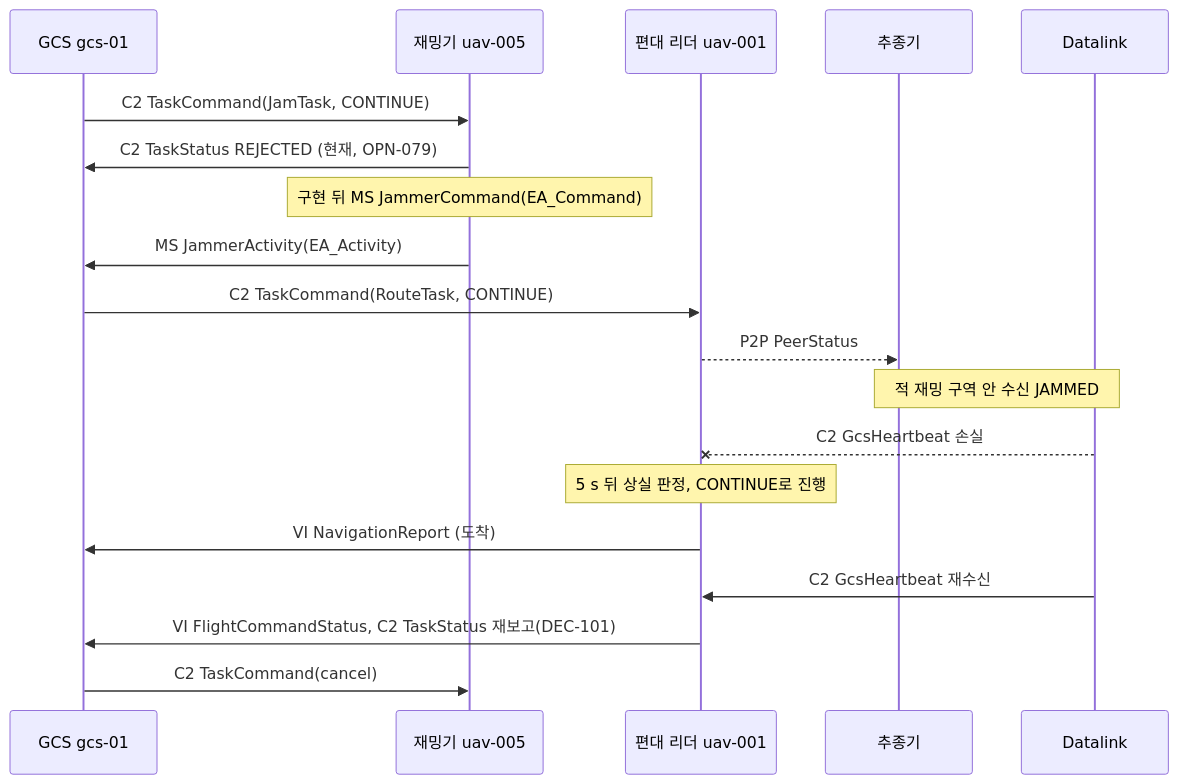
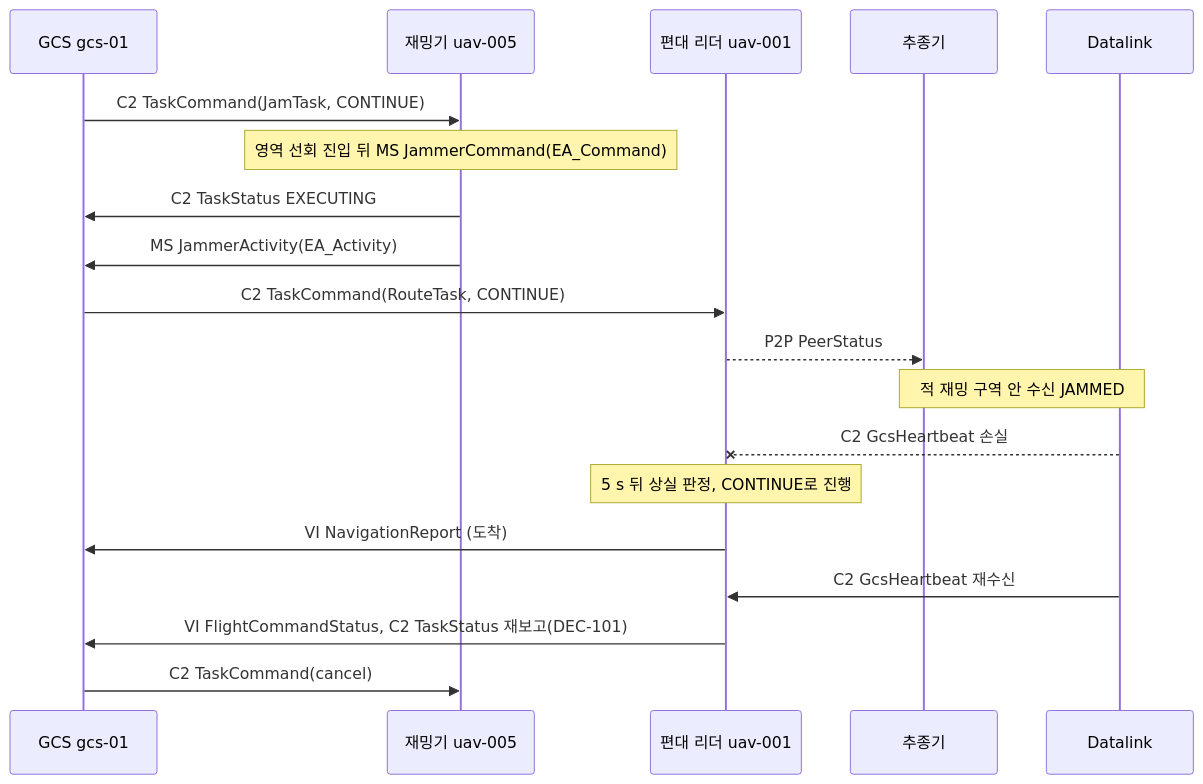
One commit to Kimbyung-wook/SwarmFlSim changed the second of 6 diagrams in docs/50_operational_scenarios.md. Above: the diagram before and after it, drawn with Mermaid. The commit also changed other lines of this file and 2 other files, not shown here.

````diff
--- a/docs/50_operational_scenarios.md
+++ b/docs/50_operational_scenarios.md
@@ -240,21 +240,21 @@
 ```mermaid
 sequenceDiagram
     participant G as GCS gcs-01
     participant J as 재밍기 uav-005
     participant L as 편대 리더 uav-001
     participant F as 추종기
     participant D as Datalink
     G->>J: C2 TaskCommand(JamTask, CONTINUE)
-    J->>G: C2 TaskStatus REJECTED (현재, OPN-079)
-    Note over J: 구현 뒤 MS JammerCommand(EA_Command)
+    Note over J: 영역 선회 진입 뒤 MS JammerCommand(EA_Command)
+    J->>G: C2 TaskStatus EXECUTING
     J->>G: MS JammerActivity(EA_Activity)
     G->>L: C2 TaskCommand(RouteTask, CONTINUE)
     L-->>F: P2P PeerStatus
     Note over D,F: 적 재밍 구역 안 수신 JAMMED
     D--xL: C2 GcsHeartbeat 손실
     Note over L: 5 s 뒤 상실 판정, CONTINUE로 진행
     L->>G: VI NavigationReport (도착)
     D->>L: C2 GcsHeartbeat 재수신
     L->>G: VI FlightCommandStatus, C2 TaskStatus 재보고(DEC-101)
     G->>J: C2 TaskCommand(cancel)
 ```
````
